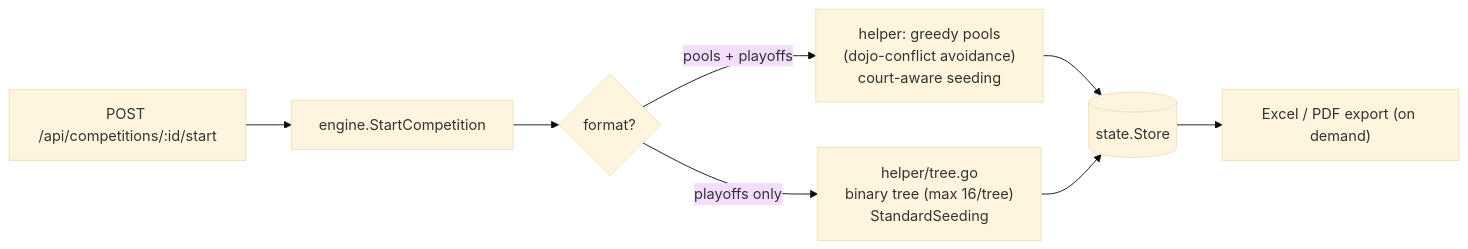
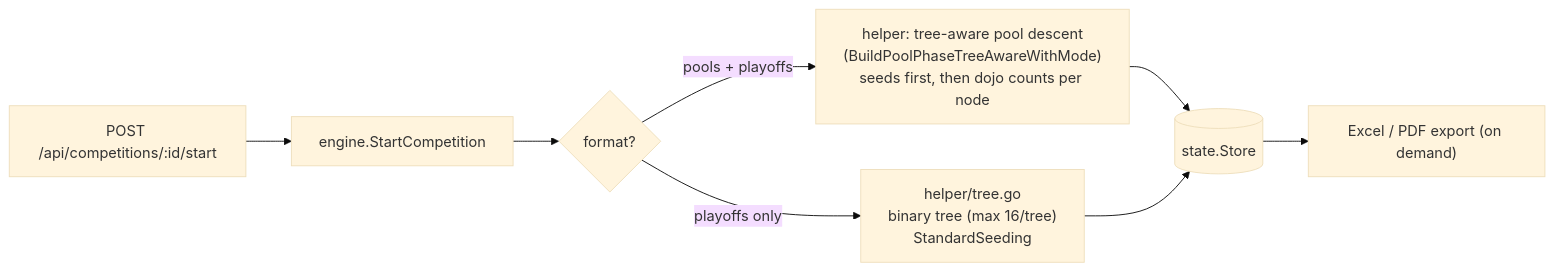
One commit to gitrgoliveira/bracket-creator changed the sixth of 7 diagrams in docs/architecture/software-architecture.md. Above: the diagram before and after it, drawn with Mermaid (base theme). The commit also changed other lines of this file and 29 other files, not shown here.

````diff
--- a/docs/architecture/software-architecture.md
+++ b/docs/architecture/software-architecture.md
@@ -169,10 +170,10 @@
 ```mermaid
 flowchart LR
     start["POST /api/competitions/:id/start"] --> eng["engine.StartCompetition"]
     eng --> mode{"format?"}
-    mode -->|pools + playoffs| pools["helper: greedy pools<br/>(dojo-conflict avoidance)<br/>court-aware seeding"]
+    mode -->|pools + playoffs| pools["helper: tree-aware pool descent<br/>(BuildPoolPhaseTreeAwareWithMode)<br/>seeds first, then dojo counts per node"]
     mode -->|playoffs only| tree["helper/tree.go<br/>binary tree (max 16/tree)<br/>StandardSeeding"]
     pools --> store[("state.Store")]
     tree --> store
     store --> excelOpt["Excel / PDF export (on demand)"]
 ```
````
